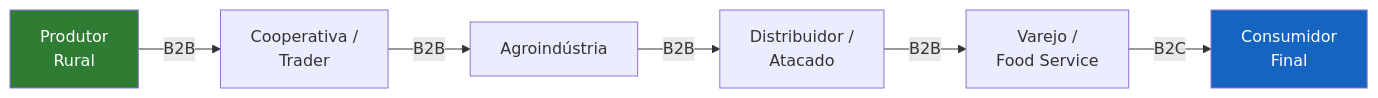
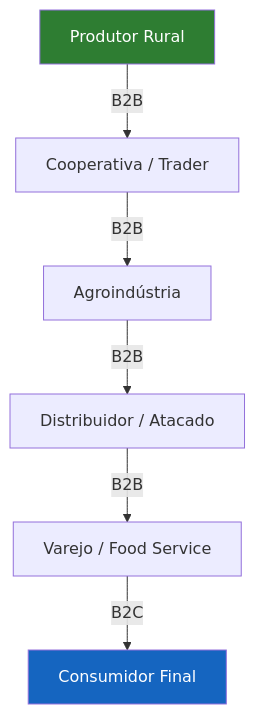
Before and after one commit to ldvsantos/cv: the diagram in books/branding-agro/capitulos/11-branding-b2b-agro.qmd, drawn with Mermaid. The commit also changed 20 other files, not shown here.

First line of the commit message:
fix: diagramas LR->TB + exemplos visuais de diferenciacao

````diff
--- a/books/branding-agro/capitulos/11-branding-b2b-agro.qmd
+++ b/books/branding-agro/capitulos/11-branding-b2b-agro.qmd
@@ -11,13 +11,13 @@
 ```{mermaid}
 %%| label: fig-cadeia
 %%| fig-cap: "A cadeia de valor do agro é majoritariamente B2B"
-flowchart LR
-    A["Produtor<br/>Rural"] -->|B2B| B["Cooperativa /<br/>Trader"]
+flowchart TB
+    A["Produtor Rural"] -->|B2B| B["Cooperativa / Trader"]
     B -->|B2B| C["Agroindústria"]
-    C -->|B2B| D["Distribuidor /<br/>Atacado"]
-    D -->|B2B| E["Varejo /<br/>Food Service"]
-    E -->|B2C| F["Consumidor<br/>Final"]
+    C -->|B2B| D["Distribuidor / Atacado"]
+    D -->|B2B| E["Varejo / Food Service"]
+    E -->|B2C| F["Consumidor Final"]
     
     style A fill:#2e7d32,color:#fff
     style F fill:#1565c0,color:#fff
 ```
````
